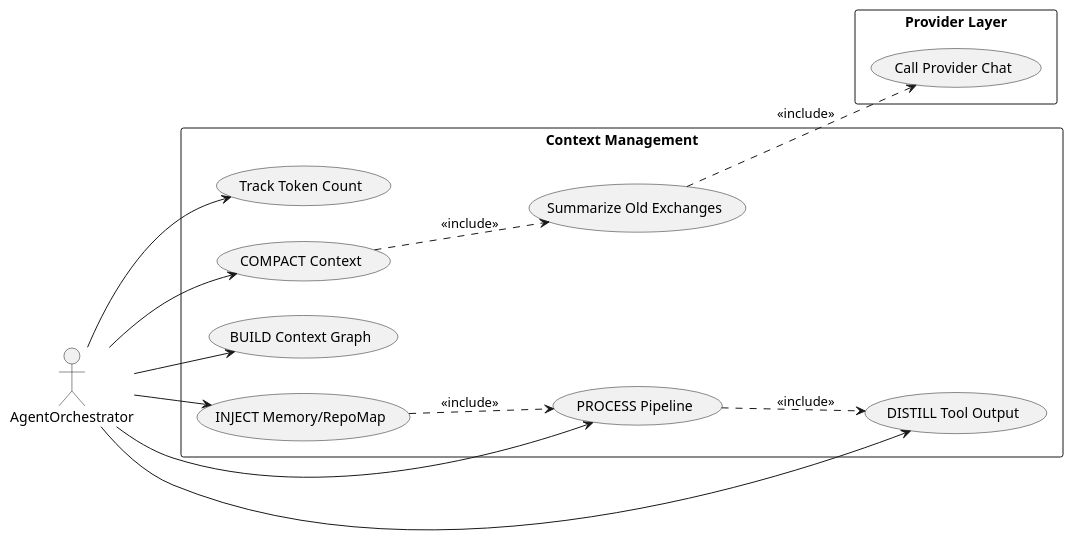
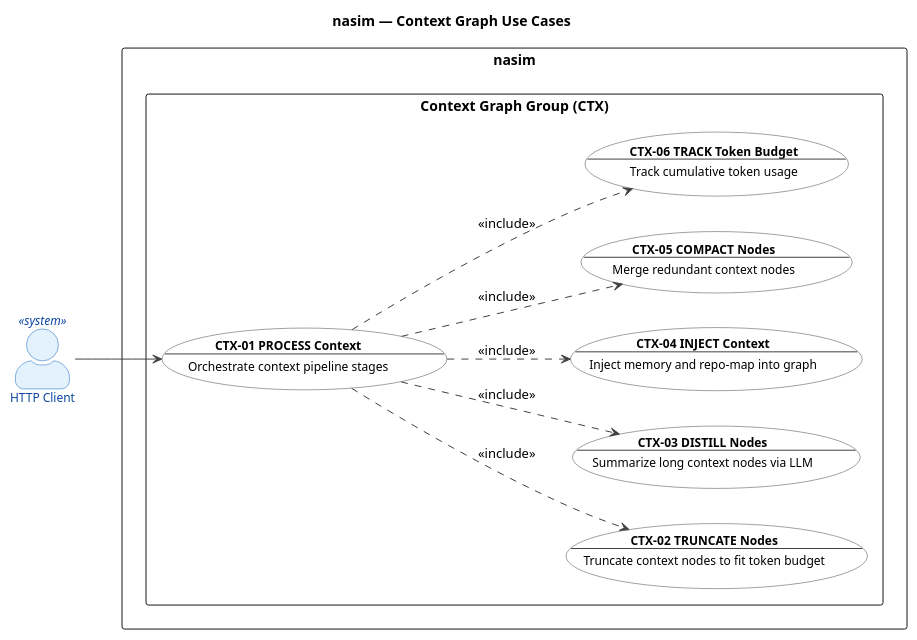
One commit to salimnamvar/nasim changed the diagram in docs/UC/uc_context.puml. Above: the diagram before and after it, drawn with PlantUML. The commit also changed 24 other files, not shown here.

First line of the commit message:
docs: Add use case diagrams for Git, MCP, Memory, Overview, and Sandbox groups

```diff
--- a/docs/UC/uc_context.puml
+++ b/docs/UC/uc_context.puml
@@ -1,42 +1,79 @@
 @startuml uc_context
+
 ' ============================================================
-' Title:     nasim — UC: Context Management
-' Boundary:  nasim code agent CLI
-' Purpose:   Token counting and context window compaction
+' Title:     nasim — UC: Context Graph Group
+' Group:     CTX (Context Management)
+' Boundary:  nasim code agent
+' Purpose:   Context pipeline: graph construction, truncation, distillation, injection, compaction
 ' Milestone: v1.0
-' Version:   2.0.0
-' Source:    docs/audit/audit_2026-06-20_capability-and-architecture.md
-' Review:    —
+' Version:   6.0.0
+' Source:    docs/ENTITIES.md
+' Review:    docs/audit/audit.2026.06.20.uc-layer.car.md
 ' ============================================================
 
 left to right direction
+
+title nasim — Context Graph Use Cases
+
+skinparam actorStyle awesome
 skinparam packageStyle rectangle
 
-actor "AgentOrchestrator" as agent
-
-rectangle "Context Management" {
-    usecase "Track Token Count" as UC_CTX_01
-    usecase "COMPACT Context" as UC_CTX_02
-    usecase "Summarize Old Exchanges" as UC_CTX_03
-    usecase "BUILD Context Graph" as UC_CTX_04
-    usecase "PROCESS Pipeline" as UC_CTX_05
-    usecase "DISTILL Tool Output" as UC_CTX_06
-    usecase "INJECT Memory/RepoMap" as UC_CTX_07
+skinparam usecase {
+  BackgroundColor #FFFFFF
+  BorderColor #424242
+  FontColor #000000
+  ArrowColor #424242
+  FontSize 12
 }
 
-rectangle "Provider Layer" {
-    usecase "Call Provider Chat" as UC_PRV_01
+skinparam actor {
+  BackgroundColor #E8EAF6
+  BorderColor #3949AB
+  FontColor #1A237E
+  FontSize 12
 }
 
-agent --> UC_CTX_01
-agent --> UC_CTX_02
-agent --> UC_CTX_04
-agent --> UC_CTX_05
-agent --> UC_CTX_06
-agent --> UC_CTX_07
-UC_CTX_02 ..> UC_CTX_03 : <<include>>
-UC_CTX_03 ..> UC_PRV_01 : <<include>>
-UC_CTX_05 ..> UC_CTX_06 : <<include>>
-UC_CTX_07 ..> UC_CTX_05 : <<include>>
+skinparam actor<<system>> {
+  BackgroundColor #E3F2FD
+  BorderColor #1565C0
+  FontColor #0D47A1
+}
+
+' ============================================================
+' Actors
+' ============================================================
+
+actor "HTTP Client" as HTTPClient <<system>>
+
+' ============================================================
+' System Boundary
+' ============================================================
+
+rectangle "nasim" {
+  package "Context Graph Group (CTX)" {
+    usecase "**CTX-01 PROCESS Context**\n--\nOrchestrate context pipeline stages" as CTX01
+    usecase "**CTX-02 TRUNCATE Nodes**\n--\nTruncate context nodes to fit token budget" as CTX02
+    usecase "**CTX-03 DISTILL Nodes**\n--\nSummarize long context nodes via LLM" as CTX03
+    usecase "**CTX-04 INJECT Context**\n--\nInject memory and repo-map into graph" as CTX04
+    usecase "**CTX-05 COMPACT Nodes**\n--\nMerge redundant context nodes" as CTX05
+    usecase "**CTX-06 TRACK Token Budget**\n--\nTrack cumulative token usage" as CTX06
+  }
+}
+
+' ============================================================
+' Actor -> Use Case Associations
+' ============================================================
+
+HTTPClient --> CTX01
+
+' ============================================================
+' Relationships
+' ============================================================
+
+CTX01 ..> CTX02 : <<include>>
+CTX01 ..> CTX03 : <<include>>
+CTX01 ..> CTX04 : <<include>>
+CTX01 ..> CTX05 : <<include>>
+CTX01 ..> CTX06 : <<include>>
 
 @enduml
```
